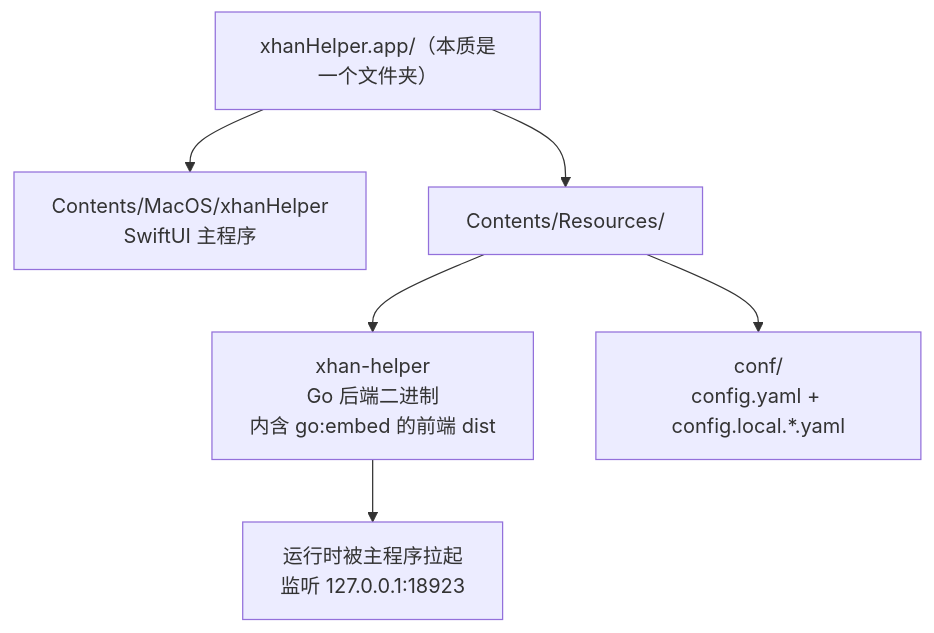
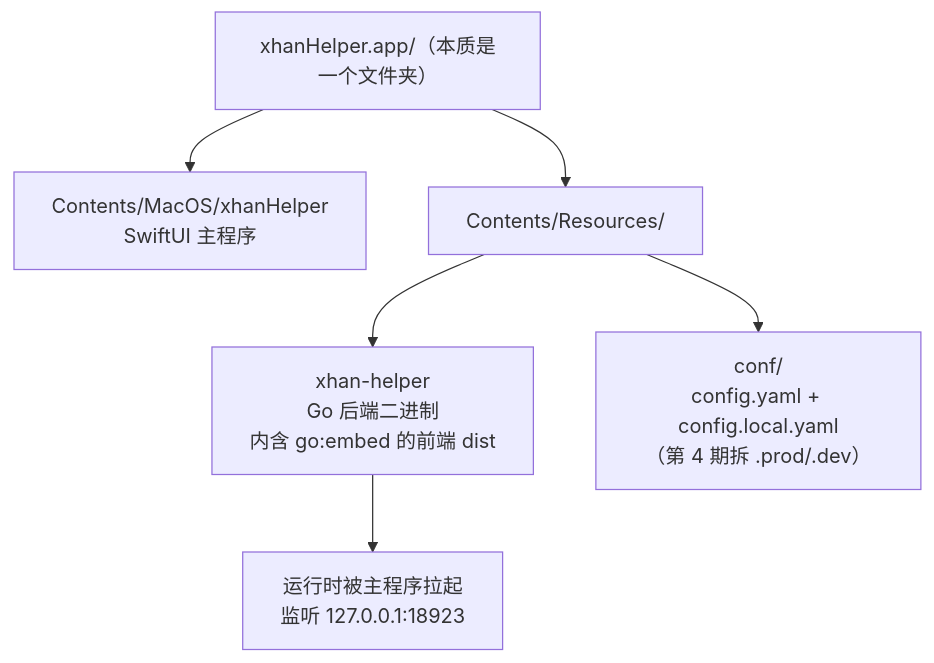
One commit to xHanJiao/xhanHelper changed the eighth of 12 diagrams in docs/design/local-sqlite/design.md. Above: the diagram before and after it, drawn with Mermaid. The commit also changed other lines of this file and 2 other files, not shown here.

First line of the commit message:
build(local): 打包后端进 app bundle（Run Script 增量 + 沙箱收窄 + 逃生口）

````diff
--- a/docs/design/local-sqlite/design.md
+++ b/docs/design/local-sqlite/design.md
@@ -278,9 +283,9 @@
 ```mermaid
 flowchart TD
     APP["xhanHelper.app/（本质是一个文件夹）"]
     APP --> M["Contents/MacOS/xhanHelper<br/>SwiftUI 主程序"]
     APP --> R["Contents/Resources/"]
     R --> RB["xhan-helper<br/>Go 后端二进制<br/>内含 go:embed 的前端 dist"]
-    R --> RC["conf/<br/>config.yaml + config.local.*.yaml"]
+    R --> RC["conf/<br/>config.yaml + config.local.yaml<br/>（第 4 期拆 .prod/.dev）"]
     RB --> SPAWN["运行时被主程序拉起<br/>监听 127.0.0.1:18923"]
 ```
````
